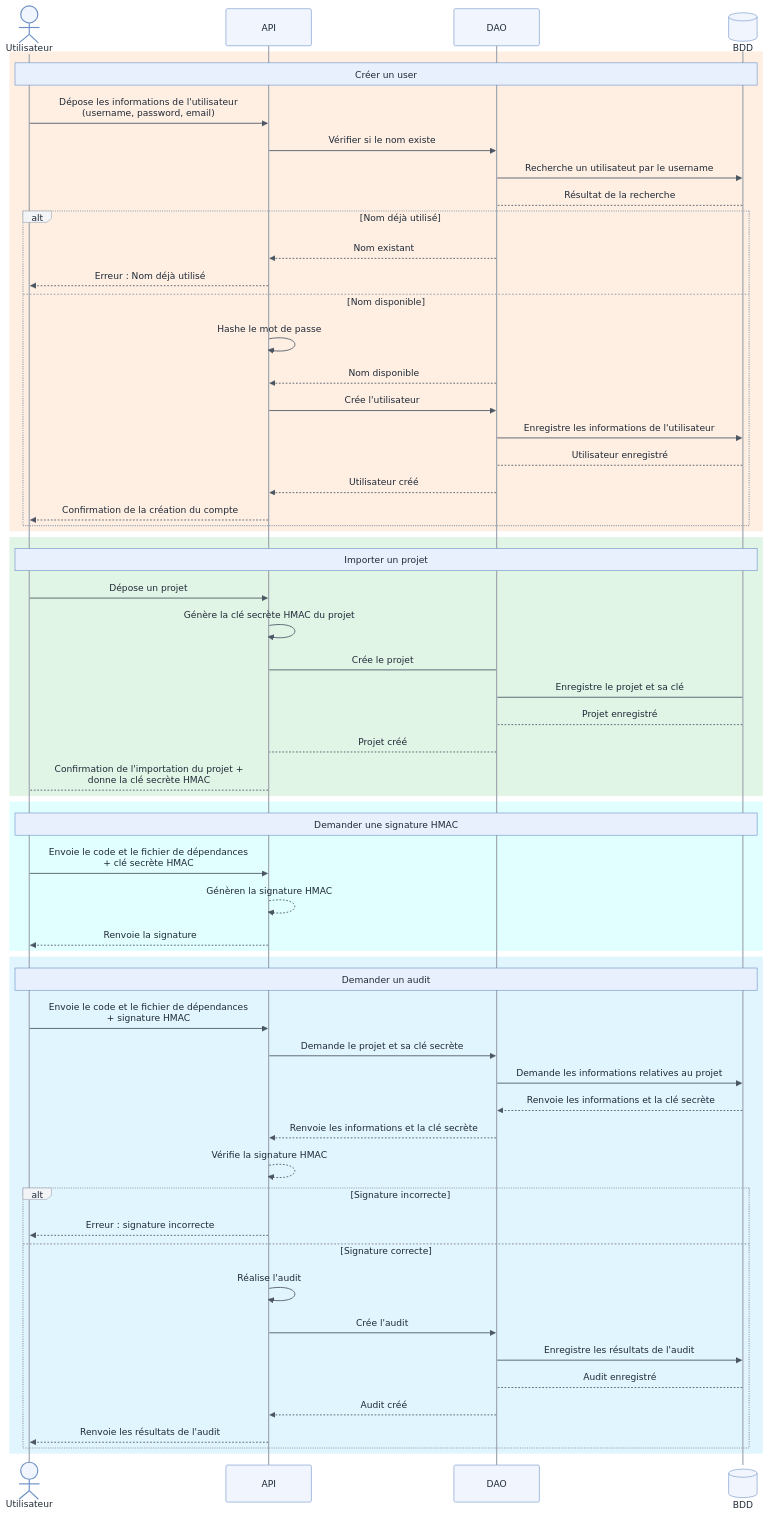
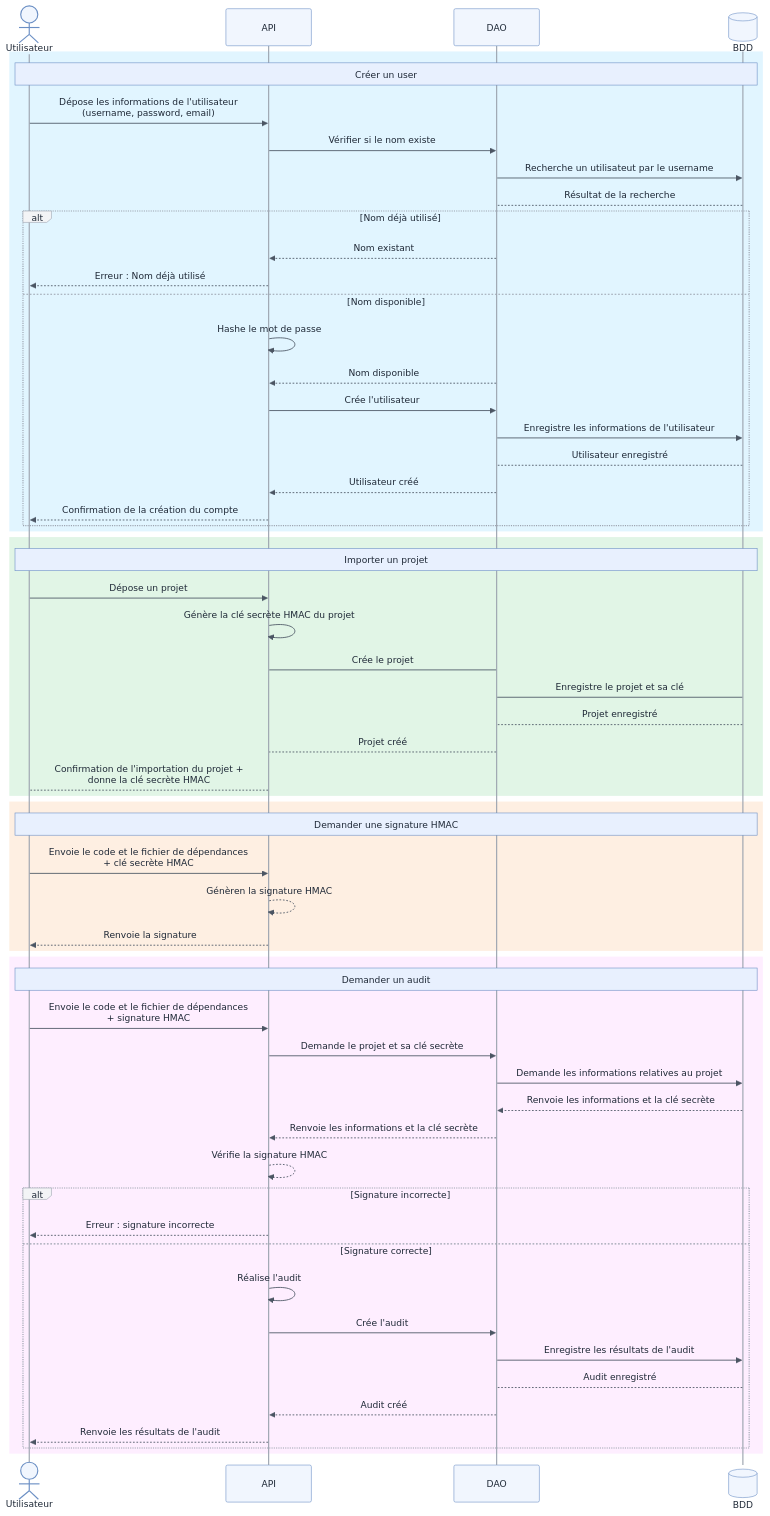
One commit to galahade-ncl/ensai-it-project-2a-team34 changed the diagram in doc/sequence_diagram.md. Above: the diagram before and after it, drawn with Mermaid. The commit also changed 9 other files, not shown here.

```diff
--- a/doc/sequence_diagram.md
+++ b/doc/sequence_diagram.md
@@ -39,7 +39,7 @@
     participant DAO
     participant BDD@{ "type" : "database" }
 
-    rect rgb(254, 239, 226)
+    rect rgb(225, 245, 255)
         Note over Utilisateur,BDD: Créer un user
 
         Utilisateur->>API: Dépose les informations de l'utilisateur<br/>(username, password, email)
@@ -75,7 +75,7 @@
 
     end
 
-    rect rgb(225, 255, 255)
+    rect rgb(254, 239, 226)
         Note over Utilisateur,BDD: Demander une signature HMAC
 
         Utilisateur->>API: Envoie le code et le fichier de dépendances <br/>+ clé secrète HMAC
@@ -84,7 +84,7 @@
 
     end
 
-    rect rgb(225, 245, 255)
+    rect rgb(254, 238, 255)
         Note over Utilisateur,BDD: Demander un audit
 
         Utilisateur->>API: Envoie le code et le fichier de dépendances <br/>+ signature HMAC
```
